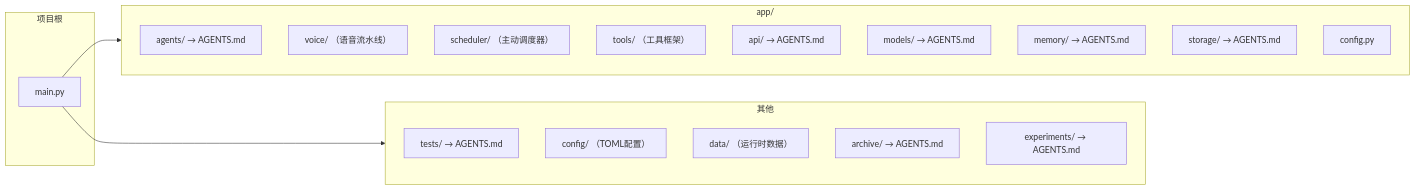
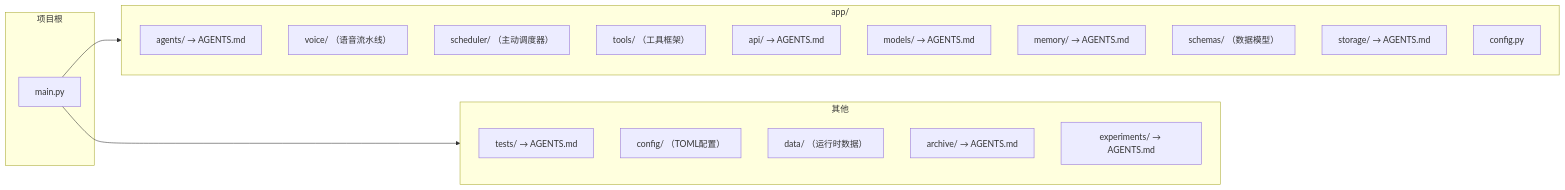
The third of 3 diagrams in AGENTS.md (MiyakoMeow/DrivePal), drawn with Mermaid before and after one commit. The commit also changed other lines of this file and 8 other files, not shown here.

````diff
--- a/AGENTS.md
+++ b/AGENTS.md
@@ -115,26 +115,27 @@
 ```mermaid
 flowchart LR
     subgraph Root["项目根"]
         M["main.py"]
     end
     subgraph App["app/"]
         A1["agents/ → AGENTS.md"]
         A2["voice/ （语音流水线）"]
         A3["scheduler/ （主动调度器）"]
         A4["tools/ （工具框架）"]
         A5["api/ → AGENTS.md"]
         A6["models/ → AGENTS.md"]
         A7["memory/ → AGENTS.md"]
+        A8["schemas/ （数据模型）"]
         A9["storage/ → AGENTS.md"]
         AC["config.py"]
     end
     subgraph Other["其他"]
         T["tests/ → AGENTS.md"]
         C["config/ （TOML配置）"]
         D["data/ （运行时数据）"]
         AR["archive/ → AGENTS.md"]
         E["experiments/ → AGENTS.md"]
     end
     M --> App
     M --> Other
 ```
````
